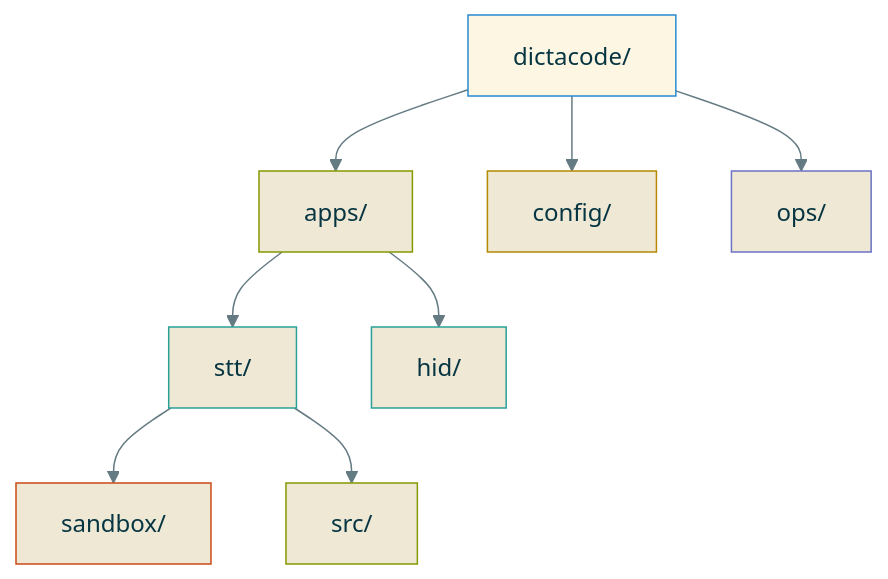
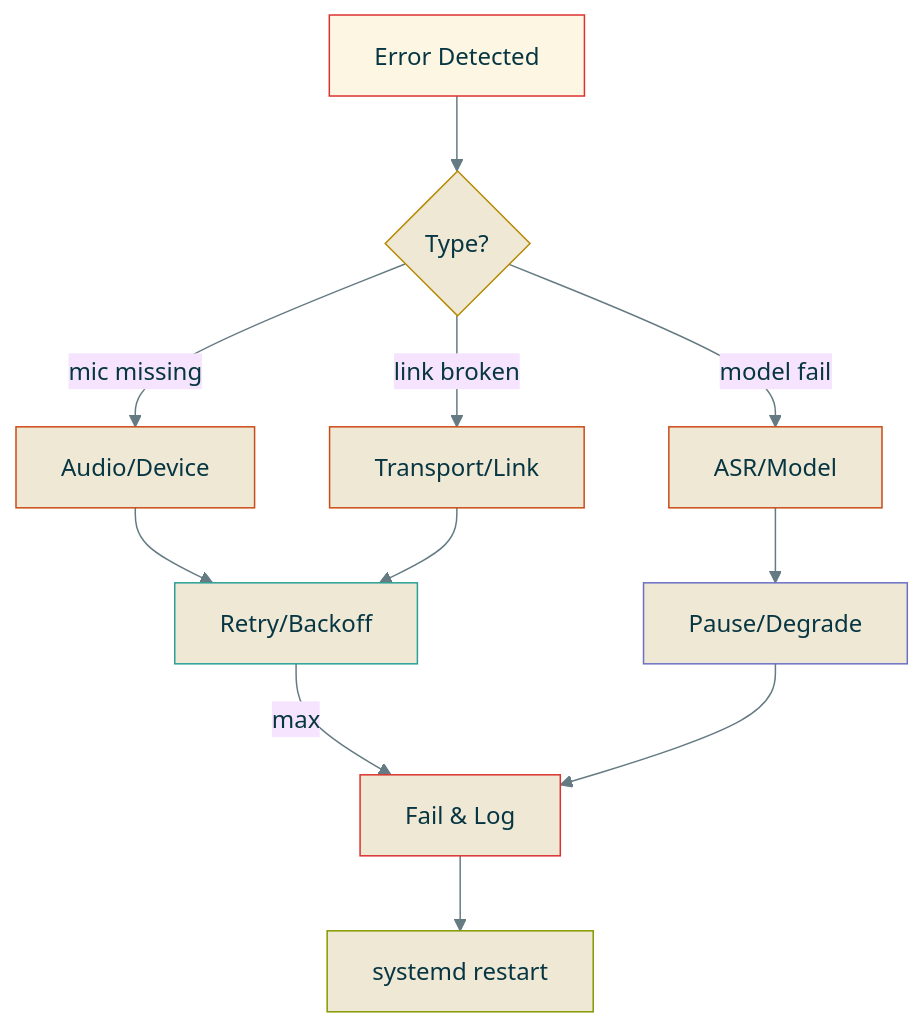
One commit to cprima-homelab/dictacode changed diagram 12 of 18 in docs/diagrams.md. Above: the diagram before and after it, drawn with Mermaid. The commit also changed other lines of this file and 3 other files, not shown here.

First line of the commit message:
Add architecture plans v0.3.10-v0.3.11 and code map tool

````diff
--- a/docs/diagrams.md
+++ b/docs/diagrams.md
@@ -332,29 +330,34 @@
 ```mermaid
 %%{init: {'theme': 'base', 'themeVariables': { 'primaryColor': '#fdf6e3', 'primaryTextColor': '#073642', 'primaryBorderColor': '#268bd2', 'lineColor': '#657b83'}}}%%
 flowchart TB
-    ROOT["dictacode/"]
-    APPS["apps/"]
-    STT["stt/"]
-    HID["hid/"]
-    CONFIG["config/"]
-    OPS["ops/"]
-    SANDBOX["sandbox/"]
-    SRC["src/"]
+    ERR["Error Detected"]
+    TYPE{"Type?"}
+    MIC["Audio/Device"]
+    ASR["ASR/Model"]
+    LINK["Transport/Link"]
+    RETRY["Retry/Backoff"]
+    PAUSE["Pause/Degrade"]
+    FAIL["Fail & Log"]
+    RESTART["systemd restart"]
 
-    ROOT --> APPS
-    ROOT --> CONFIG
-    ROOT --> OPS
-    APPS --> STT
-    APPS --> HID
-    STT --> SANDBOX
-    STT --> SRC
+    ERR --> TYPE
+    TYPE -->|mic missing| MIC
+    TYPE -->|model fail| ASR
+    TYPE -->|link broken| LINK
+    MIC --> RETRY
+    ASR --> PAUSE
+    LINK --> RETRY
+    RETRY -->|max| FAIL
+    PAUSE --> FAIL
+    FAIL --> RESTART
 
-    style ROOT fill:#fdf6e3,stroke:#268bd2,color:#073642
-    style APPS fill:#eee8d5,stroke:#859900,color:#073642
-    style STT fill:#eee8d5,stroke:#2aa198,color:#073642
-    style HID fill:#eee8d5,stroke:#2aa198,color:#073642
-    style CONFIG fill:#eee8d5,stroke:#b58900,color:#073642
-    style OPS fill:#eee8d5,stroke:#6c71c4,color:#073642
-    style SANDBOX fill:#eee8d5,stroke:#cb4b16,color:#073642
-    style SRC fill:#eee8d5,stroke:#859900,color:#073642
+    style ERR fill:#fdf6e3,stroke:#dc322f,color:#073642
+    style TYPE fill:#eee8d5,stroke:#b58900,color:#073642
+    style MIC fill:#eee8d5,stroke:#cb4b16,color:#073642
+    style ASR fill:#eee8d5,stroke:#cb4b16,color:#073642
+    style LINK fill:#eee8d5,stroke:#cb4b16,color:#073642
+    style RETRY fill:#eee8d5,stroke:#2aa198,color:#073642
+    style PAUSE fill:#eee8d5,stroke:#6c71c4,color:#073642
+    style FAIL fill:#eee8d5,stroke:#dc322f,color:#073642
+    style RESTART fill:#eee8d5,stroke:#859900,color:#073642
 ```
````
